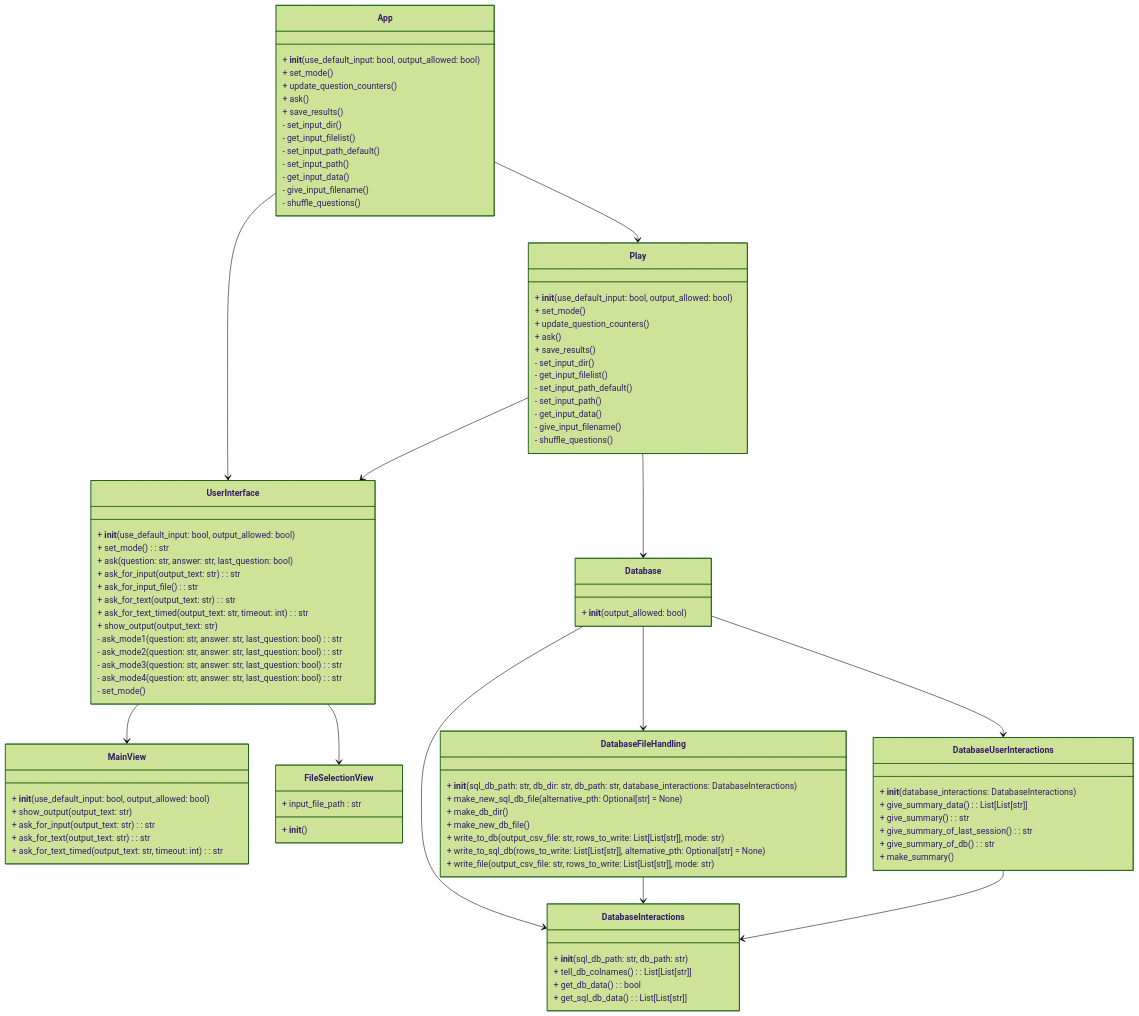
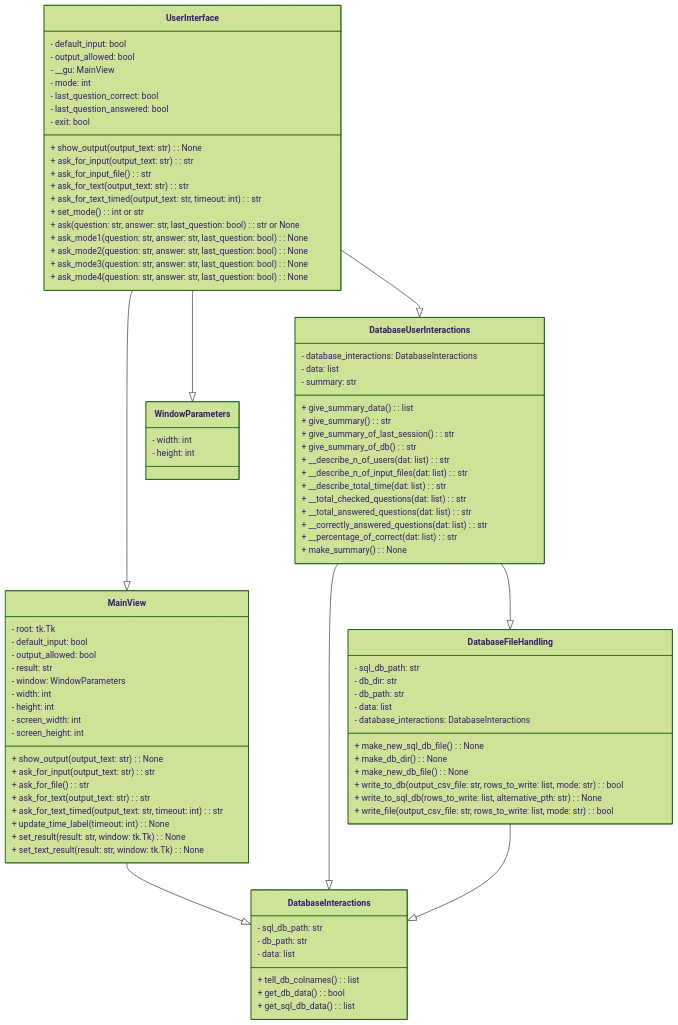
The diagram in dokumentaatio/luokkakaavio_detailed.MD (platipus82/ot-harjoitustyo), drawn with Mermaid (forest theme) before and after one commit.

````diff
--- a/dokumentaatio/luokkakaavio_detailed.MD
+++ b/dokumentaatio/luokkakaavio_detailed.MD
@@ -1,103 +1,97 @@
 ```mermaid
 classDiagram
-    class App {
-        + __init__(use_default_input: bool, output_allowed: bool)
-        + set_mode()
-        + update_question_counters()
-        + ask()
-        + save_results()
-        - set_input_dir()
-        - get_input_filelist()
-        - set_input_path_default()
-        - set_input_path()
-        - get_input_data()
-        - give_input_filename()
-        - shuffle_questions()
+    class UserInterface {
+        - default_input: bool
+        - output_allowed: bool
+        - __gu: MainView
+        - mode: int
+        - last_question_correct: bool
+        - last_question_answered: bool
+        - exit: bool
+        + show_output(output_text: str): None
+        + ask_for_input(output_text: str): str
+        + ask_for_input_file(): str
+        + ask_for_text(output_text: str): str
+        + ask_for_text_timed(output_text: str, timeout: int): str
+        + set_mode(): int or str
+        + ask(question: str, answer: str, last_question: bool): str or None
+        + ask_mode1(question: str, answer: str, last_question: bool): None
+        + ask_mode2(question: str, answer: str, last_question: bool): None
+        + ask_mode3(question: str, answer: str, last_question: bool): None
+        + ask_mode4(question: str, answer: str, last_question: bool): None
     }
 
-    class Play {
-        + __init__(use_default_input: bool, output_allowed: bool)
-        + set_mode()
-        + update_question_counters()
-        + ask()
-        + save_results()
-        - set_input_dir()
-        - get_input_filelist()
-        - set_input_path_default()
-        - set_input_path()
-        - get_input_data()
-        - give_input_filename()
-        - shuffle_questions()
+    class MainView {
+        - root: tk.Tk
+        - default_input: bool
+        - output_allowed: bool
+        - result: str
+        - window: WindowParameters
+        - width: int
+        - height: int
+        - screen_width: int
+        - screen_height: int
+        + show_output(output_text: str): None
+        + ask_for_input(output_text: str): str
+        + ask_for_file(): str
+        + ask_for_text(output_text: str): str
+        + ask_for_text_timed(output_text: str, timeout: int): str
+        + update_time_label(timeout: int): None
+        + set_result(result: str, window: tk.Tk): None
+        + set_text_result(result: str, window: tk.Tk): None
     }
 
-    class UserInterface {
-        + __init__(use_default_input: bool, output_allowed: bool)
-        + set_mode() : str
-        + ask(question: str, answer: str, last_question: bool)
-        + ask_for_input(output_text: str) : str
-        + ask_for_input_file() : str
-        + ask_for_text(output_text: str) : str
-        + ask_for_text_timed(output_text: str, timeout: int) : str
-        + show_output(output_text: str)
-        - ask_mode1(question: str, answer: str, last_question: bool) : str
-        - ask_mode2(question: str, answer: str, last_question: bool) : str
-        - ask_mode3(question: str, answer: str, last_question: bool) : str
-        - ask_mode4(question: str, answer: str, last_question: bool) : str
-        - set_mode()
-    }
-
-    class Database {
-        + __init__(output_allowed: bool)
+    class DatabaseUserInteractions {
+        - database_interactions: DatabaseInteractions
+        - data: list
+        - summary: str
+        + give_summary_data(): list
+        + give_summary(): str
+        + give_summary_of_last_session(): str
+        + give_summary_of_db(): str
+        + __describe_n_of_users(dat: list): str
+        + __describe_n_of_input_files(dat: list): str
+        + __describe_total_time(dat: list): str
+        + __total_checked_questions(dat: list): str
+        + __total_answered_questions(dat: list): str
+        + __correctly_answered_questions(dat: list): str
+        + __percentage_of_correct(dat: list): str
+        + make_summary(): None
     }
 
     class DatabaseInteractions {
-        + __init__(sql_db_path: str, db_path: str)
-        + tell_db_colnames() : List[List[str]]
-        + get_db_data() : bool
-        + get_sql_db_data() : List[List[str]]
+        - sql_db_path: str
+        - db_path: str
+        - data: list
+        + tell_db_colnames(): list
+        + get_db_data(): bool
+        + get_sql_db_data(): list
     }
 
     class DatabaseFileHandling {
-        + __init__(sql_db_path: str, db_dir: str, db_path: str, database_interactions: DatabaseInteractions)
-        + make_new_sql_db_file(alternative_pth: Optional[str] = None)
-        + make_db_dir()
-        + make_new_db_file()
-        + write_to_db(output_csv_file: str, rows_to_write: List[List[str]], mode: str)
-        + write_to_sql_db(rows_to_write: List[List[str]], alternative_pth: Optional[str] = None)
-        + write_file(output_csv_file: str, rows_to_write: List[List[str]], mode: str)
+        - sql_db_path: str
+        - db_dir: str
+        - db_path: str
+        - data: list
+        - database_interactions: DatabaseInteractions
+        + make_new_sql_db_file(): None
+        + make_db_dir(): None
+        + make_new_db_file(): None
+        + write_to_db(output_csv_file: str, rows_to_write: list, mode: str): bool
+        + write_to_sql_db(rows_to_write: list, alternative_pth: str): None
+        + write_file(output_csv_file: str, rows_to_write: list, mode: str): bool
     }
 
-    class DatabaseUserInteractions {
-        + __init__(database_interactions: DatabaseInteractions)
-        + give_summary_data() : List[List[str]]
-        + give_summary() : str
-        + give_summary_of_last_session() : str
-        + give_summary_of_db() : str
-        + make_summary()
+    class WindowParameters {
+        - width: int
+        - height: int
     }
 
-    class MainView {
-        + __init__(use_default_input: bool, output_allowed: bool)
-        + show_output(output_text: str)
-        + ask_for_input(output_text: str) : str
-        + ask_for_text(output_text: str) : str
-        + ask_for_text_timed(output_text: str, timeout: int) : str
-    }
-
-    class FileSelectionView {
-        + __init__()
-        + input_file_path : str
-    }
-
-    App --> UserInterface
-    App --> Play
-    Play --> UserInterface
-    Play --> Database
-    Database --> DatabaseInteractions
-    Database --> DatabaseFileHandling
-    Database --> DatabaseUserInteractions
-    DatabaseUserInteractions --> DatabaseInteractions
-    DatabaseFileHandling --> DatabaseInteractions
-    UserInterface --> MainView
-    UserInterface --> FileSelectionView
+    UserInterface --|> MainView
+    UserInterface --|> DatabaseUserInteractions
+    MainView --|> DatabaseInteractions
+    DatabaseUserInteractions --|> DatabaseInteractions
+    DatabaseFileHandling --|> DatabaseInteractions
+    DatabaseUserInteractions --|> DatabaseFileHandling
+    UserInterface --|> WindowParameters
 ```
````
